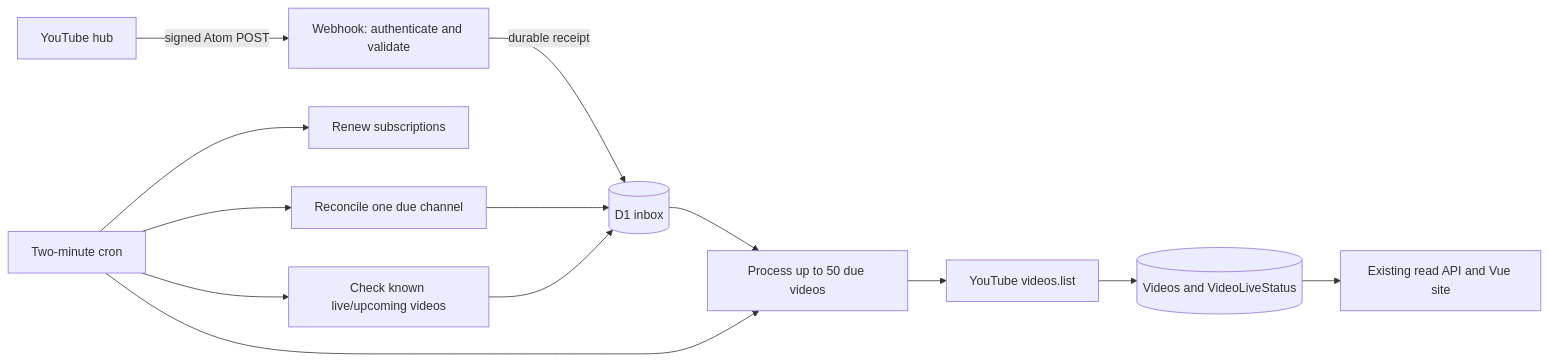
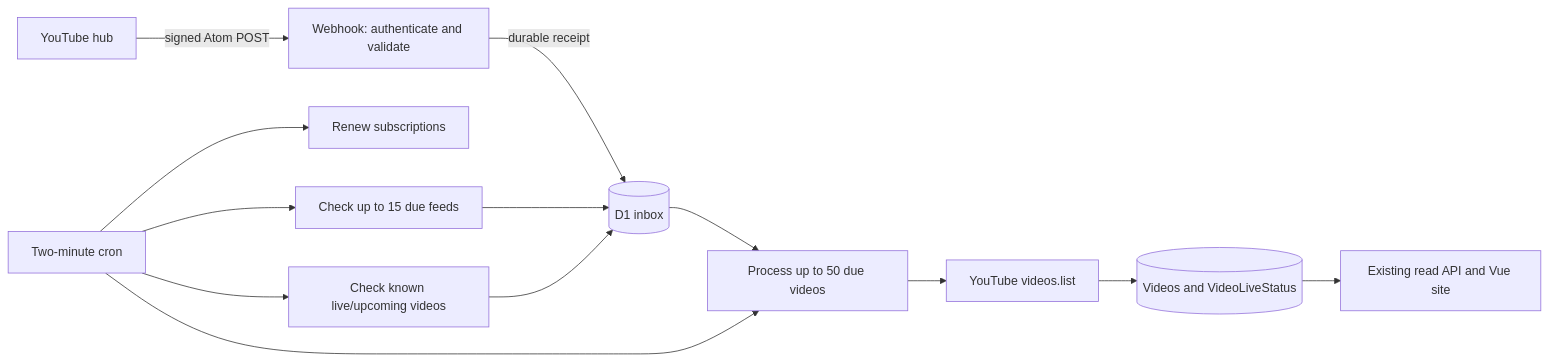
One commit to dos54/Project-Singularity-Streams changed the diagram in docs/youtube-push-operations.md. Above: the diagram before and after it, drawn with Mermaid. The commit also changed other lines of this file and 8 other files, not shown here.

````diff
--- a/docs/youtube-push-operations.md
+++ b/docs/youtube-push-operations.md
@@ -34,15 +34,15 @@
 ```mermaid
 flowchart LR
   H[YouTube hub] -->|signed Atom POST| W[Webhook: authenticate and validate]
   W -->|durable receipt| I[(D1 inbox)]
   C[Two-minute cron] --> R[Renew subscriptions]
-  C --> F[Reconcile one due channel]
+  C --> F[Check up to 15 due feeds]
   C --> L[Check known live/upcoming videos]
   F --> I
   L --> I
   C --> P[Process up to 50 due videos]
   I --> P
   P --> Y[YouTube videos.list]
   Y --> D[(Videos and VideoLiveStatus)]
   D --> A[Existing read API and Vue site]
 ```
````
